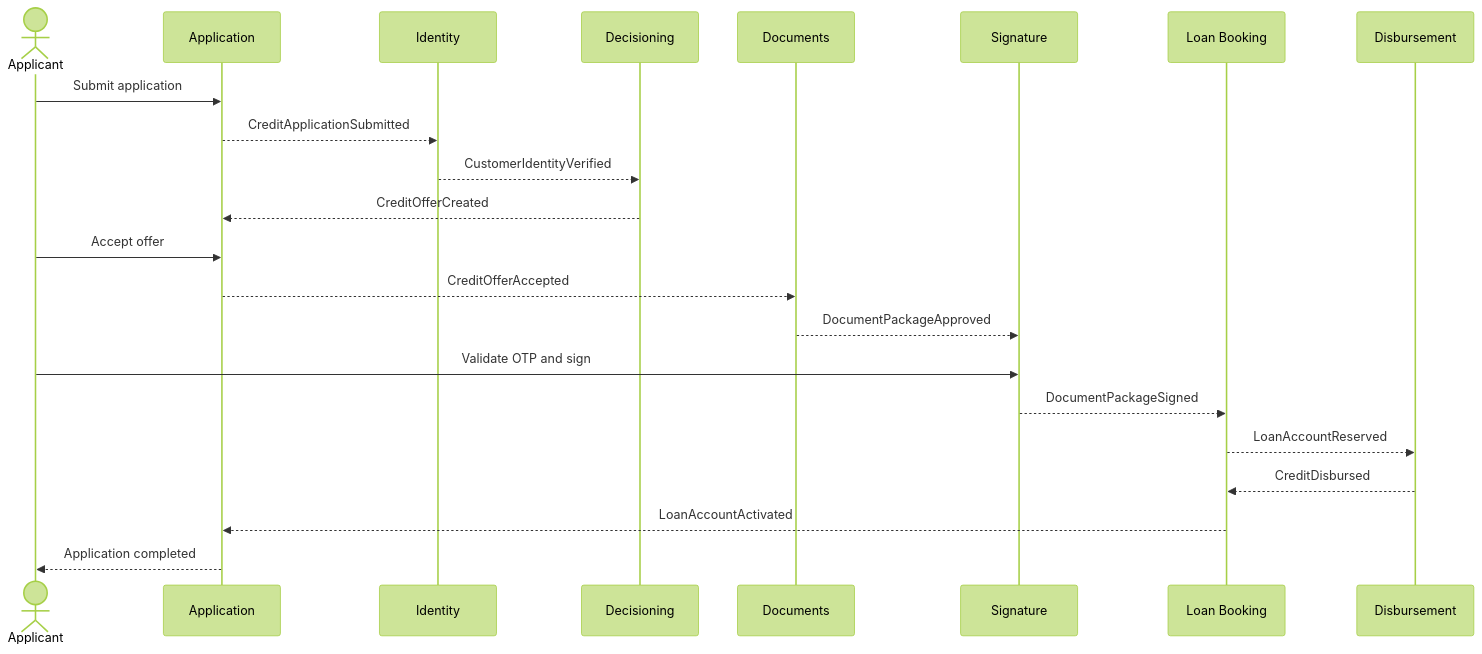
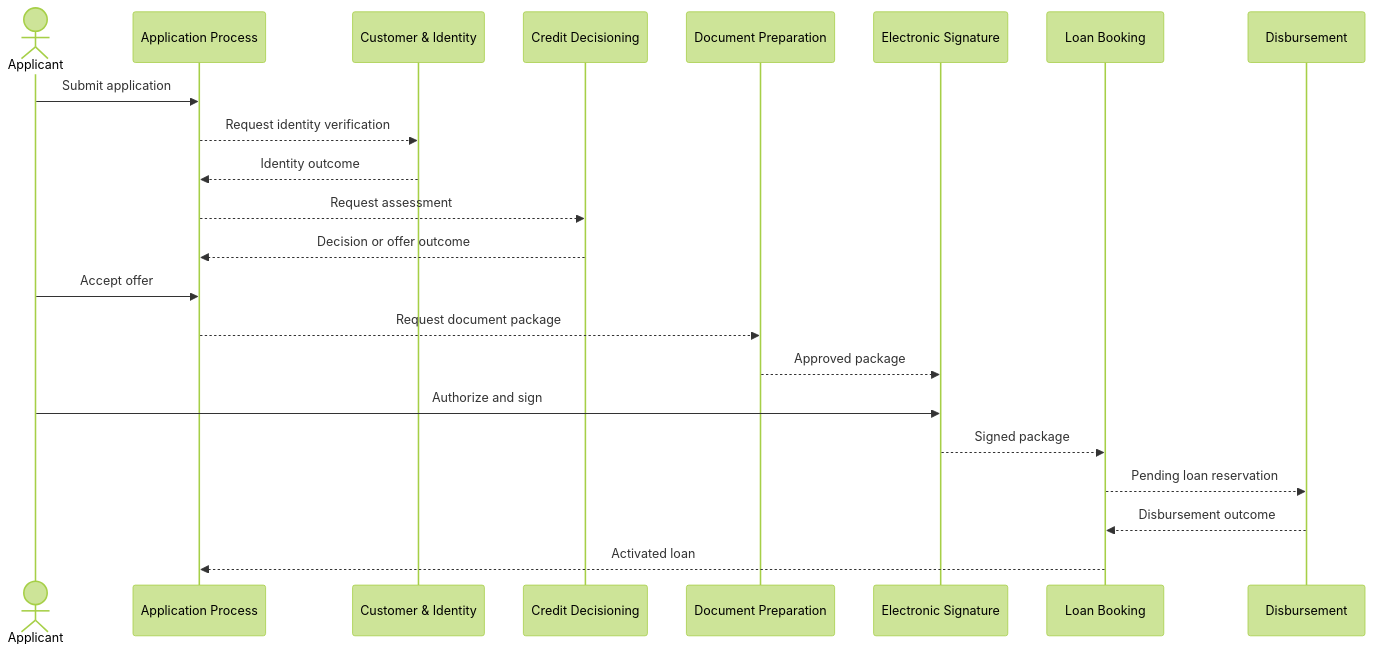
The second of 3 diagrams in docs/domain/BOUNDED_CONTEXTS_AND_EVENT_STORMING.md (SamuelSerrano/loan-platform-architecture), drawn with Mermaid (forest theme) before and after one commit. The commit also changed other lines of this file and 2 other files, not shown here.

````diff
--- a/docs/domain/BOUNDED_CONTEXTS_AND_EVENT_STORMING.md
+++ b/docs/domain/BOUNDED_CONTEXTS_AND_EVENT_STORMING.md
@@ -158,25 +102,25 @@
 ```mermaid
 sequenceDiagram
     actor Applicant
-    participant AP as Application
-    participant CI as Identity
-    participant CD as Decisioning
-    participant DOC as Documents
-    participant SIG as Signature
-    participant LOAN as Loan Booking
-    participant DISB as Disbursement
+    participant AP as Application Process
+    participant CI as Customer & Identity
+    participant CD as Credit Decisioning
+    participant DP as Document Preparation
+    participant ES as Electronic Signature
+    participant LB as Loan Booking
+    participant DS as Disbursement
 
     Applicant->>AP: Submit application
-    AP-->>CI: CreditApplicationSubmitted
-    CI-->>CD: CustomerIdentityVerified
-    CD-->>AP: CreditOfferCreated
+    AP-->>CI: Request identity verification
+    CI-->>AP: Identity outcome
+    AP-->>CD: Request assessment
+    CD-->>AP: Decision or offer outcome
     Applicant->>AP: Accept offer
-    AP-->>DOC: CreditOfferAccepted
-    DOC-->>SIG: DocumentPackageApproved
-    Applicant->>SIG: Validate OTP and sign
-    SIG-->>LOAN: DocumentPackageSigned
-    LOAN-->>DISB: LoanAccountReserved
-    DISB-->>LOAN: CreditDisbursed
-    LOAN-->>AP: LoanAccountActivated
-    AP-->>Applicant: Application completed
+    AP-->>DP: Request document package
+    DP-->>ES: Approved package
+    Applicant->>ES: Authorize and sign
+    ES-->>LB: Signed package
+    LB-->>DS: Pending loan reservation
+    DS-->>LB: Disbursement outcome
+    LB-->>AP: Activated loan
 ```
````
